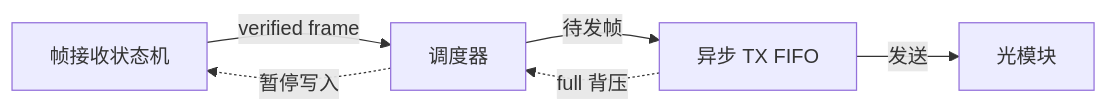
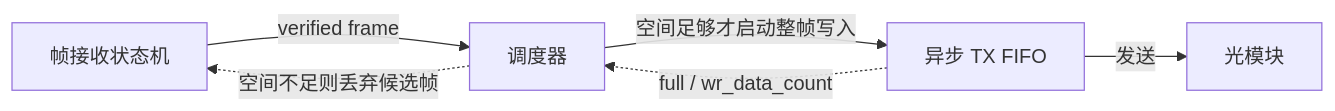
The seventh of 7 diagrams in docs/architecture.md (RBzhang/network_8), drawn with Mermaid before and after one commit. The commit also changed other lines of this file and 9 other files, not shown here.

````diff
--- a/docs/architecture.md
+++ b/docs/architecture.md
@@ -311,8 +313,8 @@
 ```mermaid
 flowchart LR
     SM["帧接收状态机"] -->|"verified frame"| SCH["调度器"]
-    SCH -->|"待发帧"| TXF["异步 TX FIFO"]
+    SCH -->|"空间足够才启动整帧写入"| TXF["异步 TX FIFO"]
     TXF -->|"发送"| OPT["光模块"]
-    TXF -.->|"full 背压"| SCH
-    SCH -.->|"暂停写入"| SM
+    TXF -.->|"full / wr_data_count"| SCH
+    SCH -.->|"空间不足则丢弃候选帧"| SM
 ```
````
